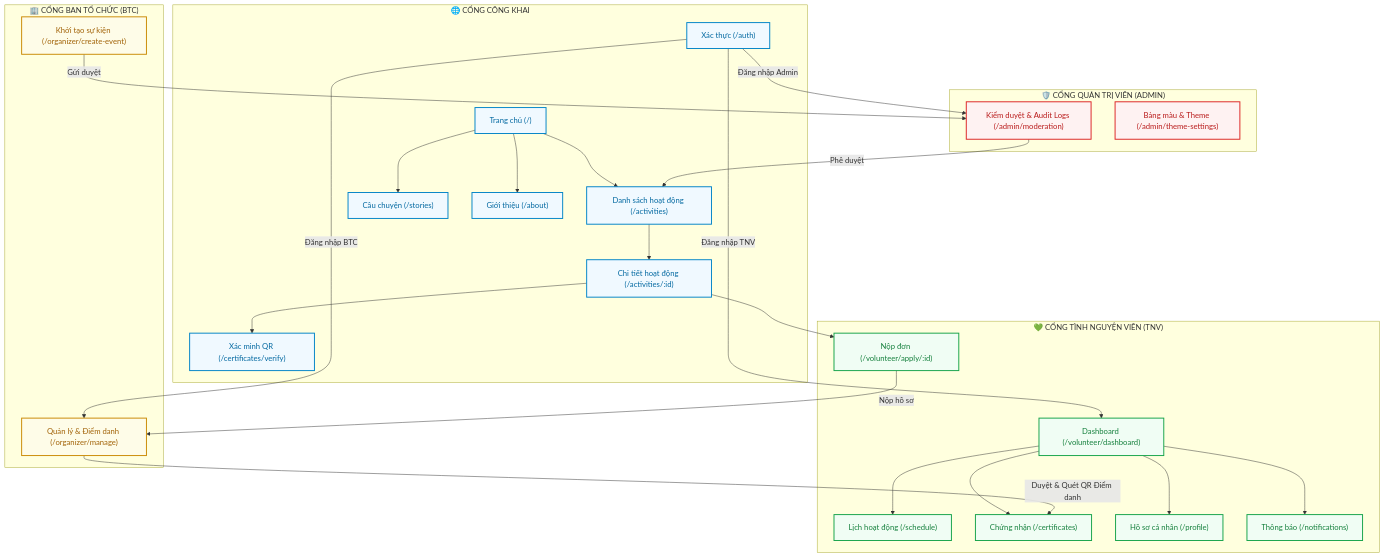
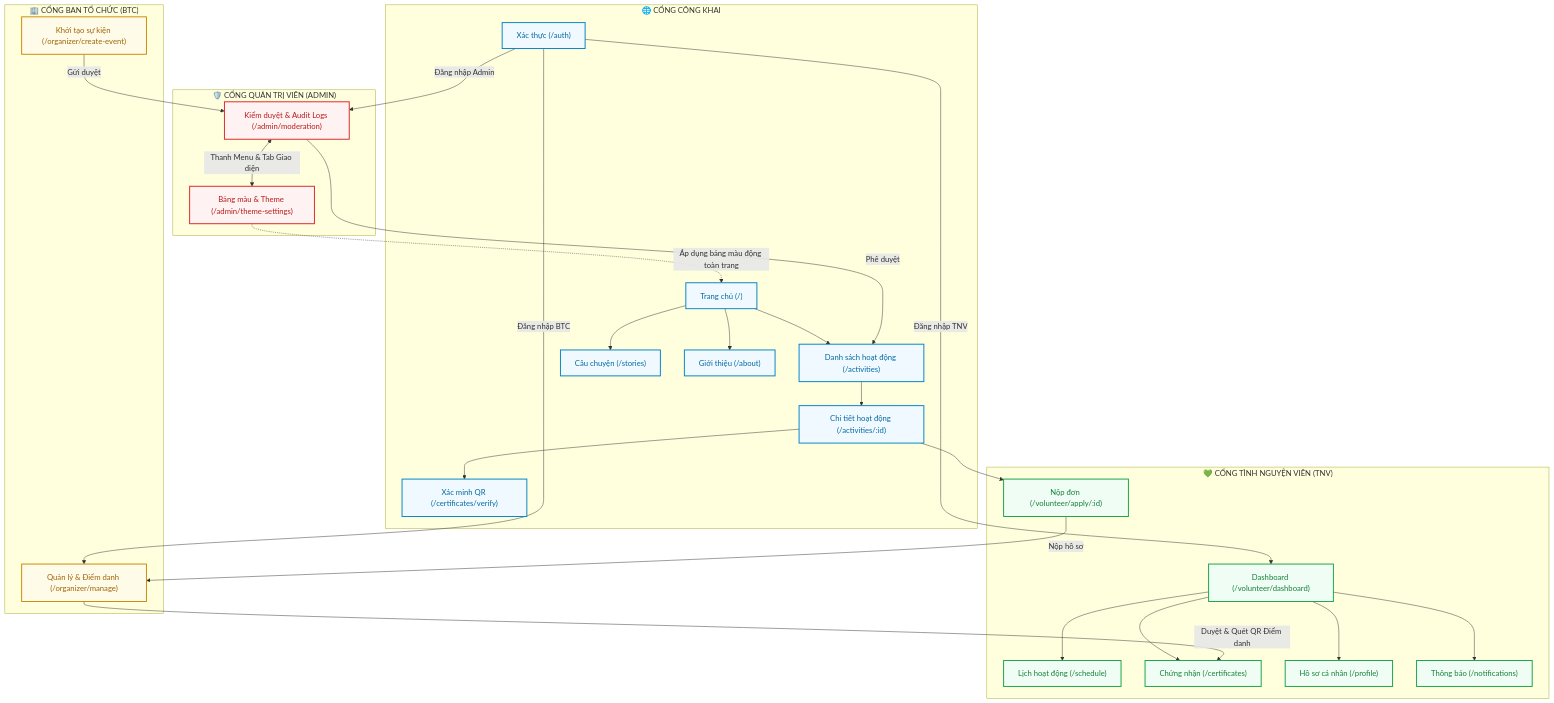
The diagram in README.md (emHung/WebNhiLun), drawn with Mermaid before and after one commit. The commit also changed 1 other file, not shown here.

Commit message:
feat: add admin sub-navigation tabs and connect theme-settings in flowchart

````diff
--- a/README.md
+++ b/README.md
@@ -59,54 +59,56 @@
 ```mermaid
 graph TD
     classDef public fill:#f0f9ff,stroke:#0284c7,stroke-width:2px,color:#0369a1;
     classDef volunteer fill:#f0fdf4,stroke:#16a34a,stroke-width:2px,color:#15803d;
     classDef organizer fill:#fefce8,stroke:#ca8a04,stroke-width:2px,color:#a16207;
     classDef admin fill:#fef2f2,stroke:#dc2626,stroke-width:2px,color:#b91c1c;
 
     subgraph PUBLIC["🌐 CỔNG CÔNG KHAI"]
         HOME["Trang chủ (/)"]:::public
         ACT["Danh sách hoạt động (/activities)"]:::public
         DETAIL["Chi tiết hoạt động (/activities/:id)"]:::public
         STORIES["Câu chuyện (/stories)"]:::public
         ABOUT["Giới thiệu (/about)"]:::public
         VERIFY["Xác minh QR (/certificates/verify)"]:::public
         AUTH["Xác thực (/auth)"]:::public
     end
 
     subgraph VOLUNTEER["💚 CỔNG TÌNH NGUYỆN VIÊN (TNV)"]
         VDASH["Dashboard (/volunteer/dashboard)"]:::volunteer
         APPLY["Nộp đơn (/volunteer/apply/:id)"]:::volunteer
         SCHED["Lịch hoạt động (/schedule)"]:::volunteer
         CERT["Chứng nhận (/certificates)"]:::volunteer
         PROF["Hồ sơ cá nhân (/profile)"]:::volunteer
         NOTIF["Thông báo (/notifications)"]:::volunteer
     end
 
     subgraph ORGANIZER["🏢 CỔNG BAN TỔ CHỨC (BTC)"]
         OMANAGE["Quản lý & Điểm danh (/organizer/manage)"]:::organizer
         OCREATE["Khởi tạo sự kiện (/organizer/create-event)"]:::organizer
     end
 
     subgraph ADMIN["🛡️ CỔNG QUẢN TRỊ VIÊN (ADMIN)"]
         AMOD["Kiểm duyệt & Audit Logs (/admin/moderation)"]:::admin
         ATHEME["Bảng màu & Theme (/admin/theme-settings)"]:::admin
     end
 
     HOME --> ACT --> DETAIL --> APPLY
     HOME --> STORIES
     HOME --> ABOUT
     DETAIL --> VERIFY
     AUTH -->|Đăng nhập TNV| VDASH
     AUTH -->|Đăng nhập BTC| OMANAGE
     AUTH -->|Đăng nhập Admin| AMOD
+    AMOD <-->|Thanh Menu & Tab Giao diện| ATHEME
+    ATHEME -.->|Áp dụng bảng màu động toàn trang| HOME
 
     VDASH --> SCHED
     VDASH --> CERT
     VDASH --> PROF
     VDASH --> NOTIF
 
     OCREATE -->|Gửi duyệt| AMOD
     AMOD -->|Phê duyệt| ACT
     APPLY -->|Nộp hồ sơ| OMANAGE
     OMANAGE -->|Duyệt & Quét QR Điểm danh| CERT
 ```
````
